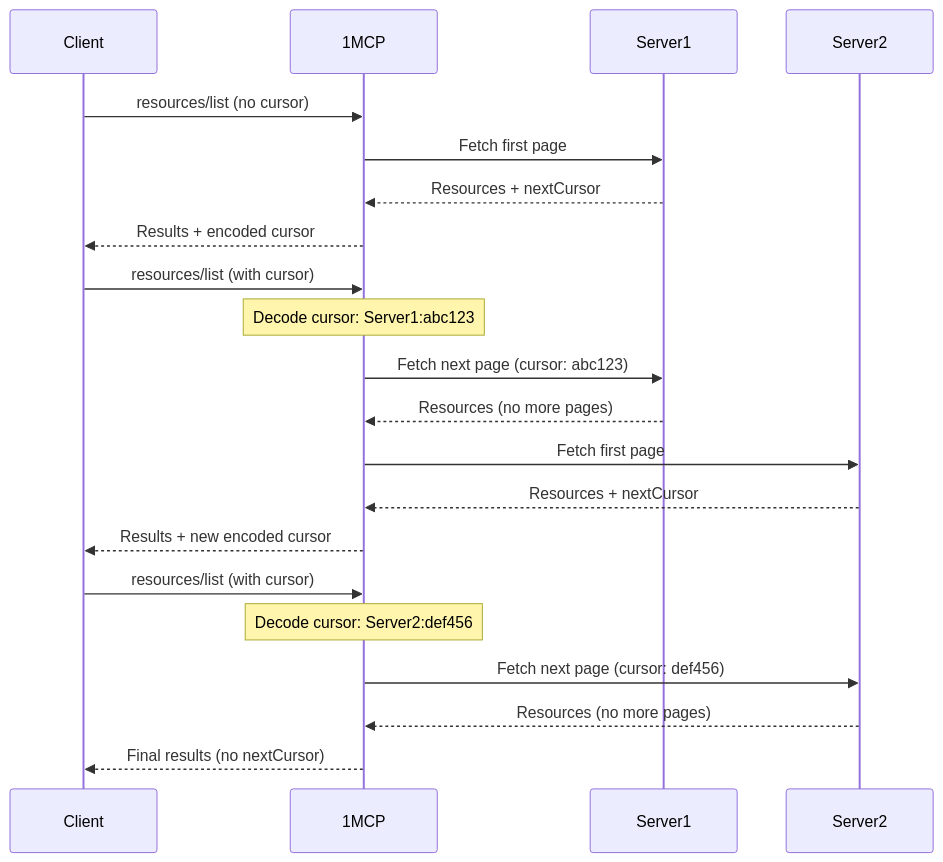
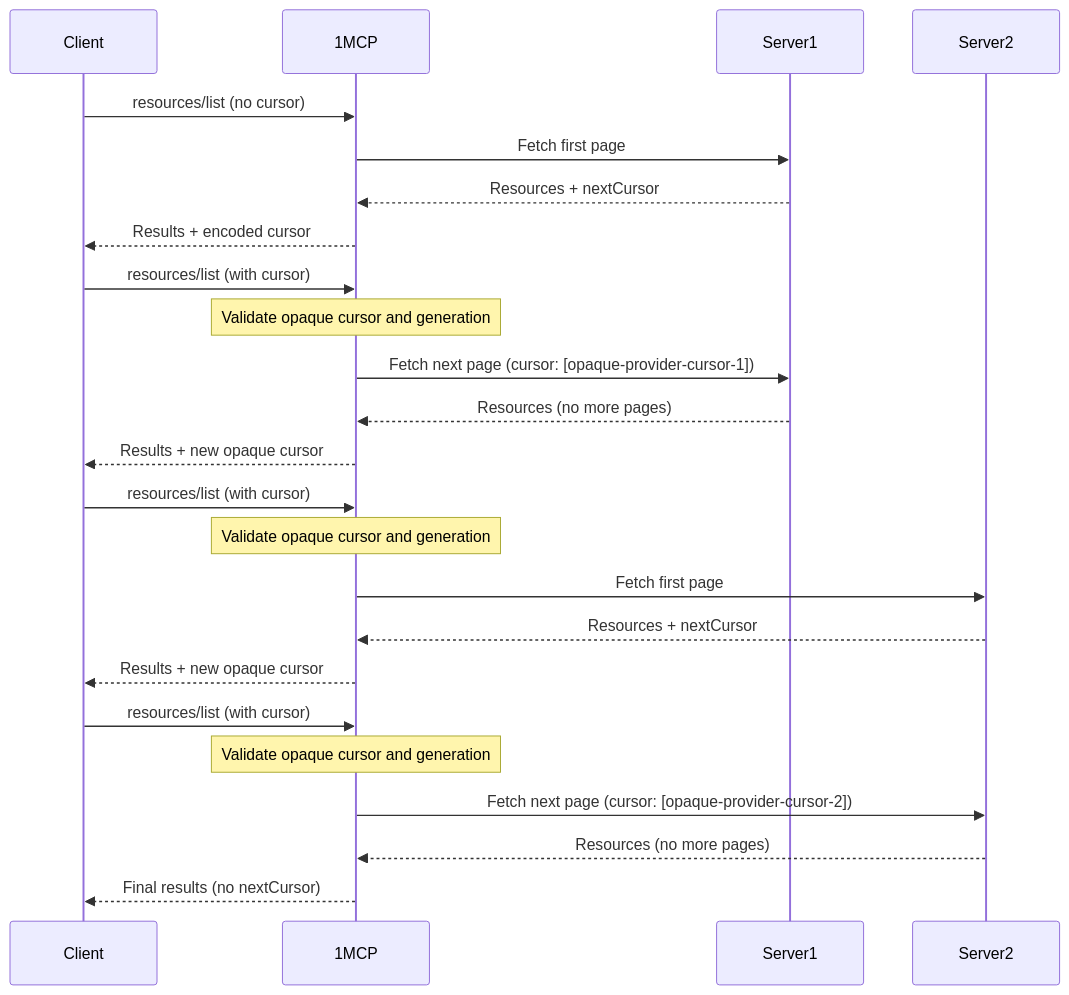
One commit to 1mcp-app/agent changed the diagram in docs/en/reference/pagination.md. Above: the diagram before and after it, drawn with Mermaid. The commit also changed other lines of this file and 18 other files, not shown here.

````diff
--- a/docs/en/reference/pagination.md
+++ b/docs/en/reference/pagination.md
@@ -86,26 +81,30 @@
 ```mermaid
 sequenceDiagram
     participant Client
     participant 1MCP
     participant Server1
     participant Server2
 
     Client->>1MCP: resources/list (no cursor)
     1MCP->>Server1: Fetch first page
     Server1-->>1MCP: Resources + nextCursor
     1MCP-->>Client: Results + encoded cursor
 
     Client->>1MCP: resources/list (with cursor)
-    Note over 1MCP: Decode cursor: Server1:abc123
-    1MCP->>Server1: Fetch next page (cursor: abc123)
+    Note over 1MCP: Validate opaque cursor and generation
+    1MCP->>Server1: Fetch next page (cursor: [opaque-provider-cursor-1])
     Server1-->>1MCP: Resources (no more pages)
+    1MCP-->>Client: Results + new opaque cursor
+
+    Client->>1MCP: resources/list (with cursor)
+    Note over 1MCP: Validate opaque cursor and generation
     1MCP->>Server2: Fetch first page
     Server2-->>1MCP: Resources + nextCursor
-    1MCP-->>Client: Results + new encoded cursor
+    1MCP-->>Client: Results + new opaque cursor
 
     Client->>1MCP: resources/list (with cursor)
-    Note over 1MCP: Decode cursor: Server2:def456
-    1MCP->>Server2: Fetch next page (cursor: def456)
+    Note over 1MCP: Validate opaque cursor and generation
+    1MCP->>Server2: Fetch next page (cursor: [opaque-provider-cursor-2])
     Server2-->>1MCP: Resources (no more pages)
     1MCP-->>Client: Final results (no nextCursor)
 ```
````
